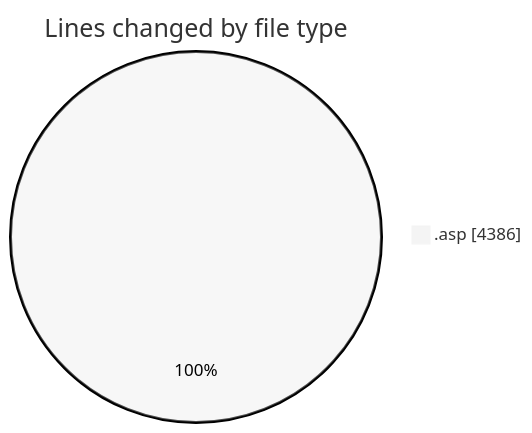
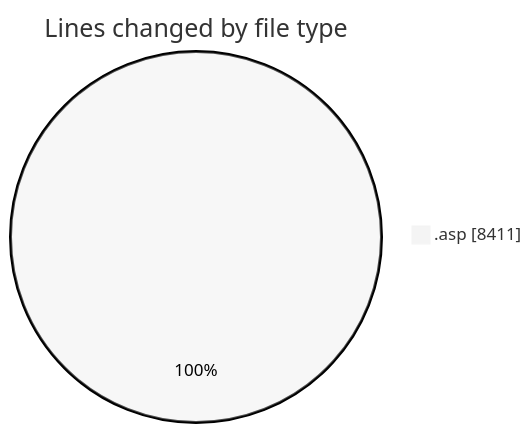
Before and after one commit to julien-gomy/code-tracking: the first of 2 diagrams in 2025-11-14/cdp_aleoudev_fr__workspace_/README.md, drawn with Mermaid (neutral theme). The commit also changed other lines of this file and 1 other file, not shown here.

````diff
--- a/2025-11-14/cdp_aleoudev_fr__workspace_/README.md
+++ b/2025-11-14/cdp_aleoudev_fr__workspace_/README.md
@@ -20,5 +21,5 @@
 ```mermaid
 pie showData
 title Lines changed by file type
-".asp" : 4386
+".asp" : 8411
 ```
````
